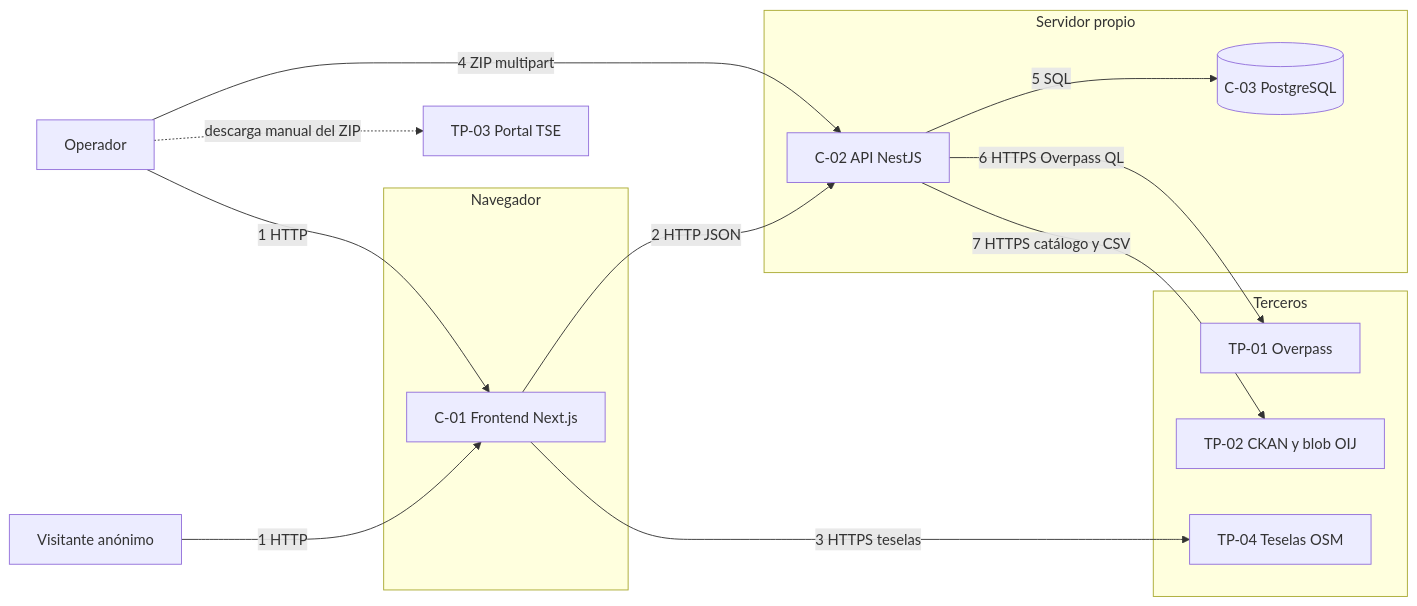
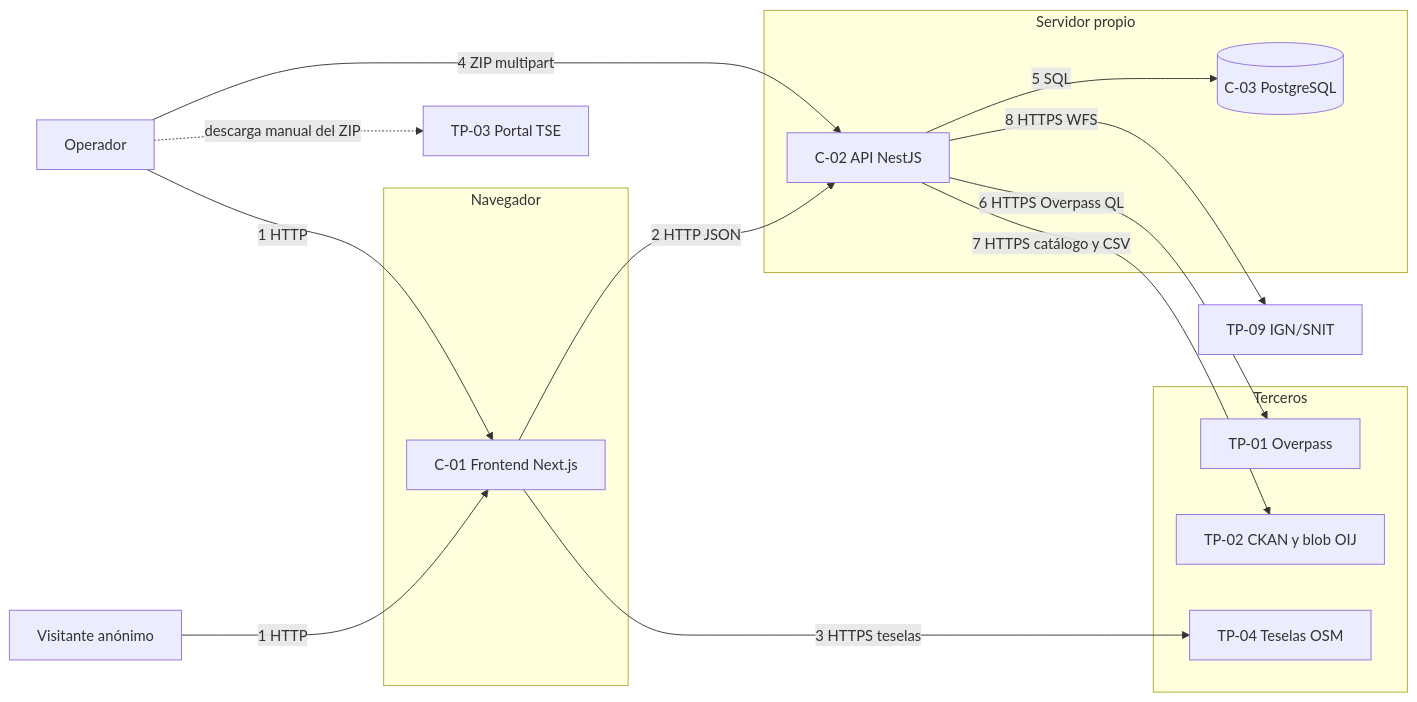
One commit to 11Axel11/Investigacion-SI changed the diagram in docs/fases/01-planificacion/kb/arquitectura.md. Above: the diagram before and after it, drawn with Mermaid. The commit also changed other lines of this file and 11 other files, not shown here.

````diff
--- a/docs/fases/01-planificacion/kb/arquitectura.md
+++ b/docs/fases/01-planificacion/kb/arquitectura.md
@@ -30,28 +31,30 @@
 ```mermaid
 flowchart LR
   V[Visitante anónimo]
   O[Operador]
   subgraph TB1[Navegador]
     FE[C-01 Frontend Next.js]
   end
   subgraph TB2[Servidor propio]
     API[C-02 API NestJS]
     DB[(C-03 PostgreSQL)]
   end
   subgraph TB3[Terceros]
     OVP[TP-01 Overpass]
     OIJ[TP-02 CKAN y blob OIJ]
     TILES[TP-04 Teselas OSM]
   end
   TSE[TP-03 Portal TSE]
+    SNIT[TP-09 IGN/SNIT]
 
   V -->|1 HTTP| FE
   O -->|1 HTTP| FE
   FE -->|2 HTTP JSON| API
   FE -->|3 HTTPS teselas| TILES
   O -.->|descarga manual del ZIP| TSE
   O -->|4 ZIP multipart| API
   API -->|5 SQL| DB
   API -->|6 HTTPS Overpass QL| OVP
   API -->|7 HTTPS catálogo y CSV| OIJ
+  API -->|8 HTTPS WFS| SNIT
 ```
````
